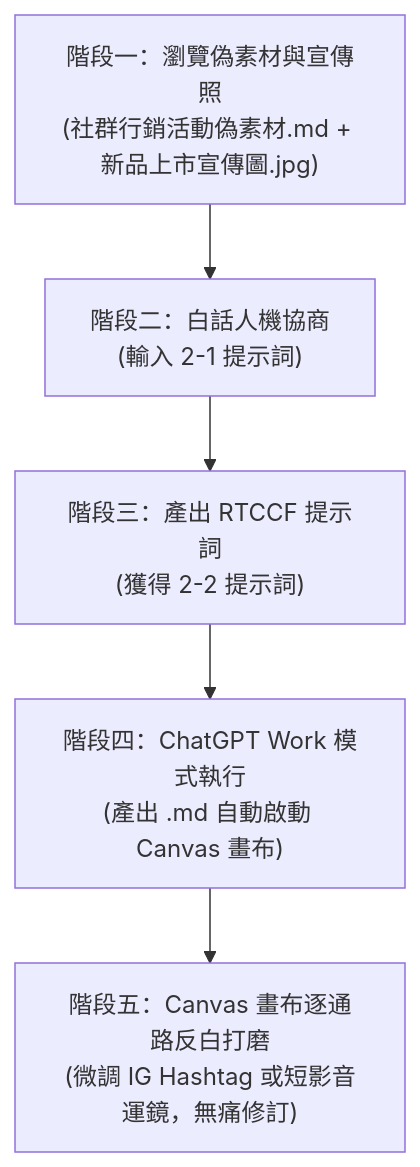
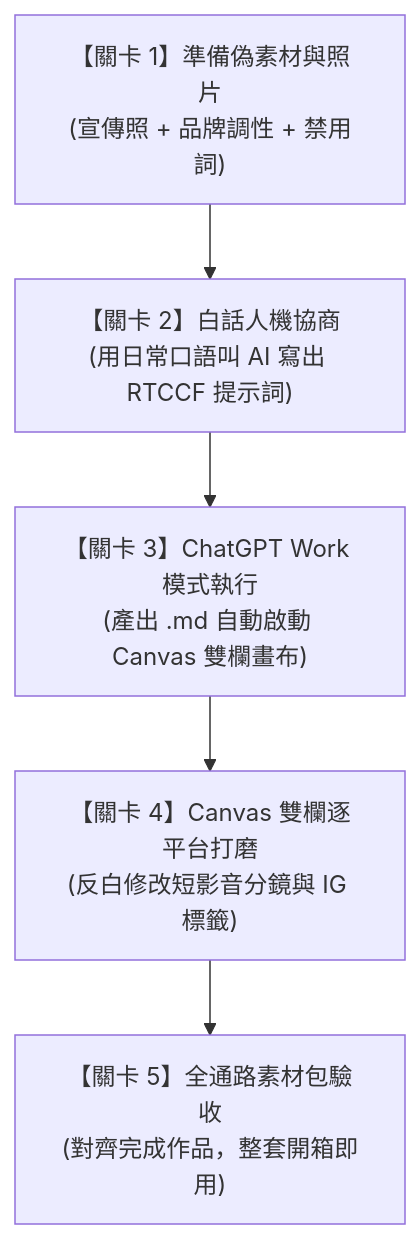
The diagram in 常見的AI應用/實戰範例/02_社群行銷素材多格式產出/README.md (roberthsu2003/workflow-productivity), drawn with Mermaid before and after one commit. The commit also changed other lines of this file and 5 other files, not shown here.

````diff
--- a/常見的AI應用/實戰範例/02_社群行銷素材多格式產出/README.md
+++ b/常見的AI應用/實戰範例/02_社群行銷素材多格式產出/README.md
@@ -40,7 +81,7 @@
 ```mermaid
 flowchart TD
-    A["階段一：瀏覽偽素材與宣傳照<br/>(社群行銷活動偽素材.md + 新品上市宣傳圖.jpg)"] --> B["階段二：白話人機協商<br/>(輸入 2-1 提示詞)"]
-    B --> C["階段三：產出 RTCCF 提示詞<br/>(獲得 2-2 提示詞)"]
-    C --> D["階段四：ChatGPT Work 模式執行<br/>(產出 .md 自動啟動 Canvas 畫布)"]
-    D --> E["階段五：Canvas 畫布逐通路反白打磨<br/>(微調 IG Hashtag 或短影音運鏡，無痛修訂)"]
+    S1["【關卡 1】準備偽素材與照片<br/>(宣傳照 + 品牌調性 + 禁用詞)"] --> S2["【關卡 2】白話人機協商<br/>(用日常口語叫 AI 寫出 RTCCF 提示詞)"]
+    S2 --> S3["【關卡 3】ChatGPT Work 模式執行<br/>(產出 .md 自動啟動 Canvas 雙欄畫布)"]
+    S3 --> S4["【關卡 4】Canvas 雙欄逐平台打磨<br/>(反白修改短影音分鏡與 IG 標籤)"]
+    S4 --> S5["【關卡 5】全通路素材包驗收<br/>(對齊完成作品，整套開箱即用)"]
 ```
````
